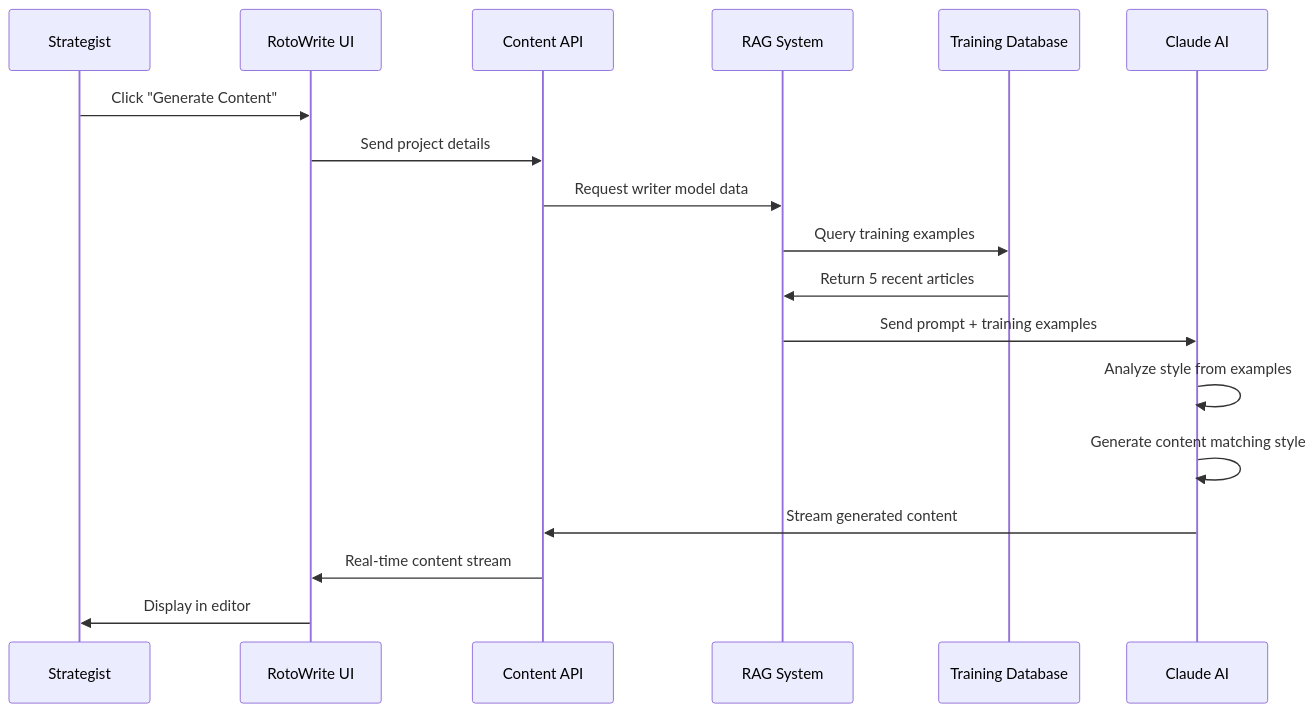
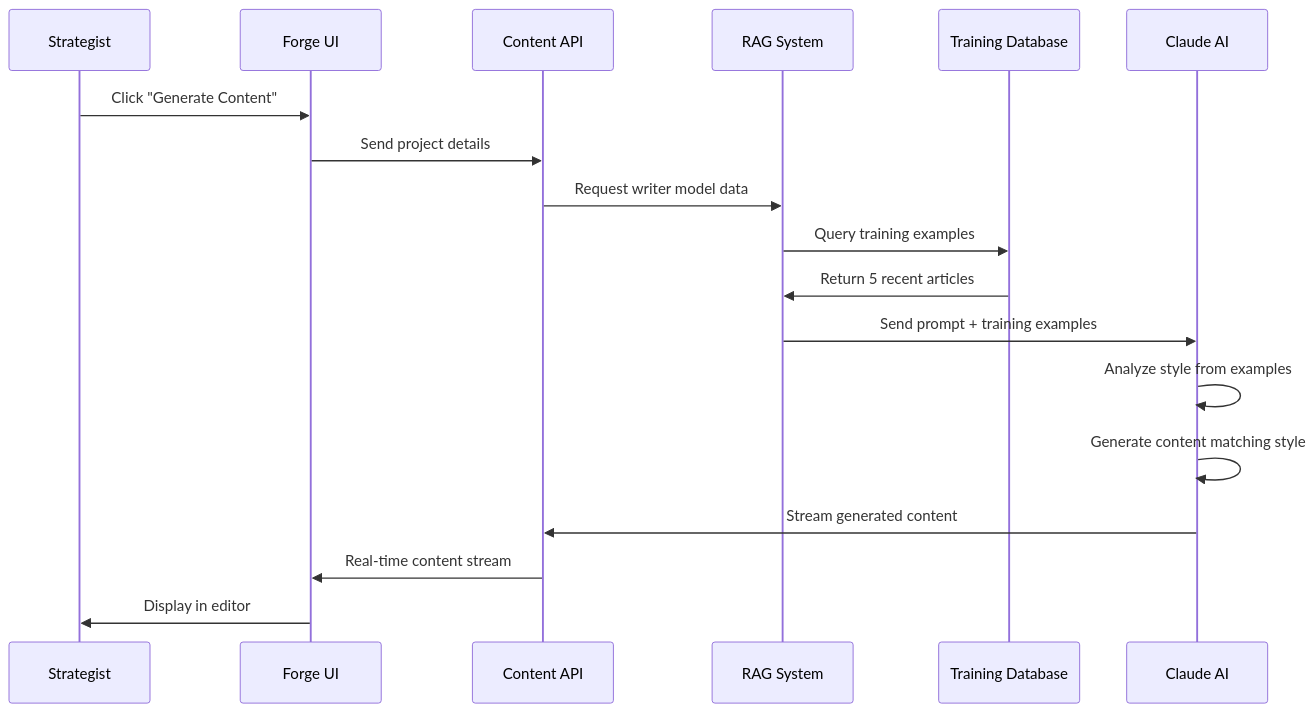
The fourth of 6 diagrams in presentation-diagrams/writer-engine-process.md (verygooddesigners/forge), drawn with Mermaid before and after one commit. The commit also changed other lines of this file and 132 other files, not shown here.

First line of the commit message:
Rename application from RotoWrite to Forge

````diff
--- a/presentation-diagrams/writer-engine-process.md
+++ b/presentation-diagrams/writer-engine-process.md
@@ -236,21 +236,21 @@
 ```mermaid
 sequenceDiagram
     participant User as Strategist
-    participant UI as RotoWrite UI
+    participant UI as Forge UI
     participant API as Content API
     participant RAG as RAG System
     participant DB as Training Database
     participant AI as Claude AI
     
     User->>UI: Click "Generate Content"
     UI->>API: Send project details
     API->>RAG: Request writer model data
     RAG->>DB: Query training examples
     DB->>RAG: Return 5 recent articles
     RAG->>AI: Send prompt + training examples
     AI->>AI: Analyze style from examples
     AI->>AI: Generate content matching style
     AI->>API: Stream generated content
     API->>UI: Real-time content stream
     UI->>User: Display in editor
 ```
````
